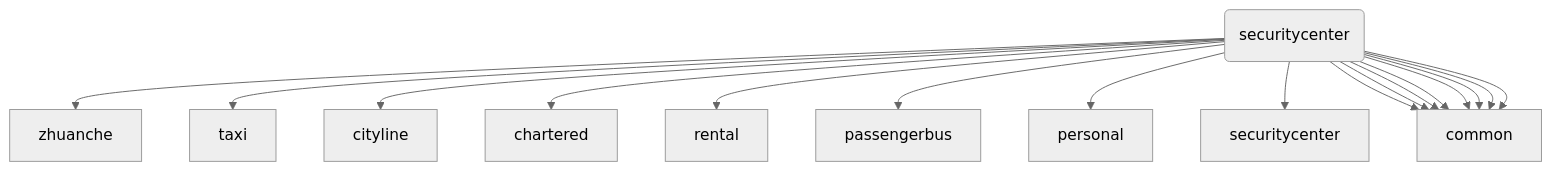
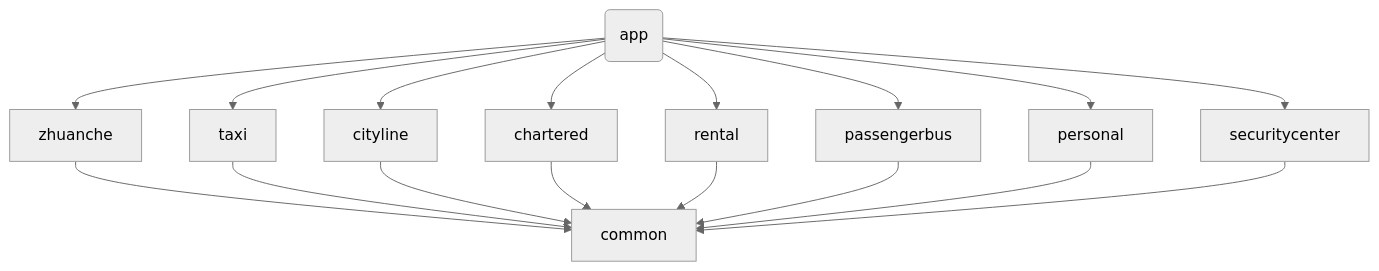
Before and after one commit to moutainhigh/driver: the diagram in README.md, drawn with Mermaid (neutral theme).

````diff
--- a/README.md
+++ b/README.md
@@ -21,21 +21,12 @@
 ```mermaid
    graph TD
-      id4(app) --> zhuanche
-      id4(app) --> taxi
-      id4(app) --> cityline
-      id4(app) --> chartered
-      id4(app) --> rental
-      id4(app) --> passengerbus
-      id4(app) --> personal
-      id4(app) --> securitycenter
-      
-      id4(zhuanche) --> common
-      id4(taxi) --> common
-      id4(cityline) --> common
-      id4(chartered) --> common
-      id4(rental) --> common
-      id4(passengerbus) --> common
-      id4(personal) --> common
-      id4(securitycenter) --> common
+      id4(app) --> zhuanche --> common
+      id4(app) --> taxi --> common
+      id4(app) --> cityline --> common
+      id4(app) --> chartered --> common
+      id4(app) --> rental --> common
+      id4(app) --> passengerbus --> common
+      id4(app) --> personal --> common
+      id4(app) --> securitycenter --> common
       
 ```
````
